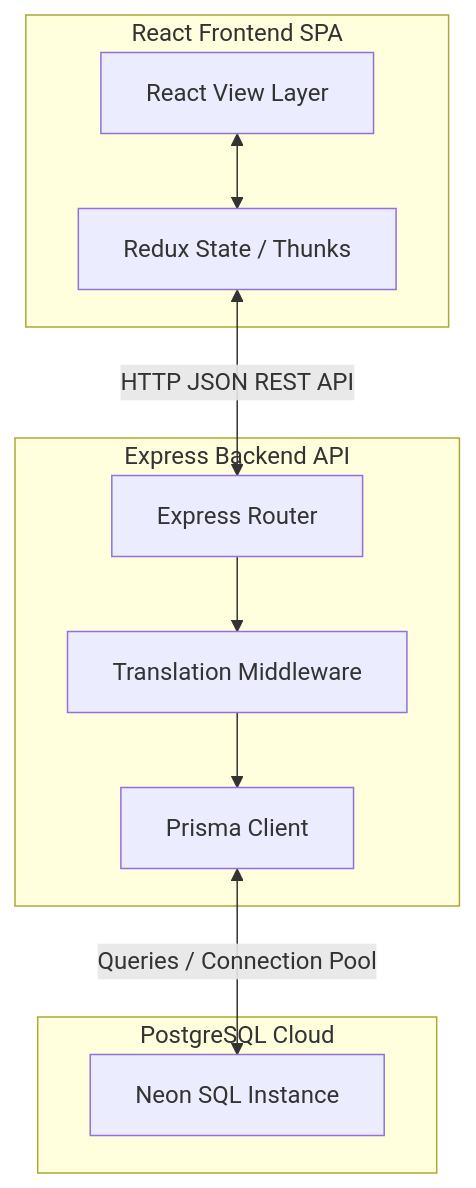
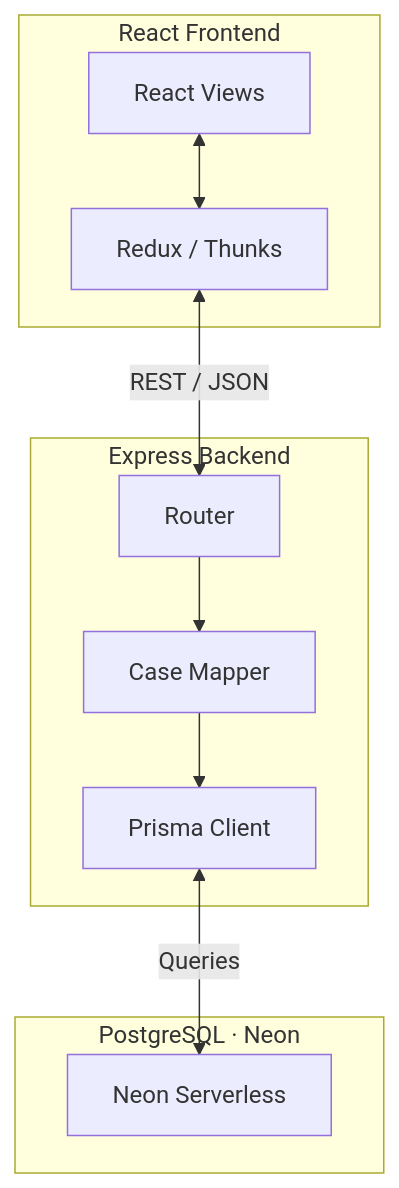
The diagram in README.md (ARUNAGIRINATHAN-K/Project_Management_System), drawn with Mermaid before and after one commit. The commit also changed other lines of this file and 1 other file, not shown here.

Commit message:
docs: update README documentation and architecture diagrams and add project license

````diff
--- a/README.md
+++ b/README.md
@@ -118,18 +44,14 @@
 ```mermaid
 graph TD
-    subgraph Client [React Frontend SPA]
-        A[React View Layer] <--> B[Redux State / Thunks]
+    subgraph Client [React Frontend]
+        A[React Views] <--> B[Redux / Thunks]
     end
-
-    subgraph API [Express Backend API]
-        C[Express Router] --> D[Translation Middleware]
-        D --> E[Prisma Client]
+    subgraph API [Express Backend]
+        C[Router] --> D[Case Mapper] --> E[Prisma Client]
     end
-
-    subgraph Database [PostgreSQL Cloud]
-        F[Neon SQL Instance]
+    subgraph DB [PostgreSQL · Neon]
+        F[Neon Serverless]
     end
-
-    B <-->|HTTP JSON REST API| C
-    E <-->|Queries / Connection Pool| F
+    B <-->|REST / JSON| C
+    E <-->|Queries| F
 ```
````
